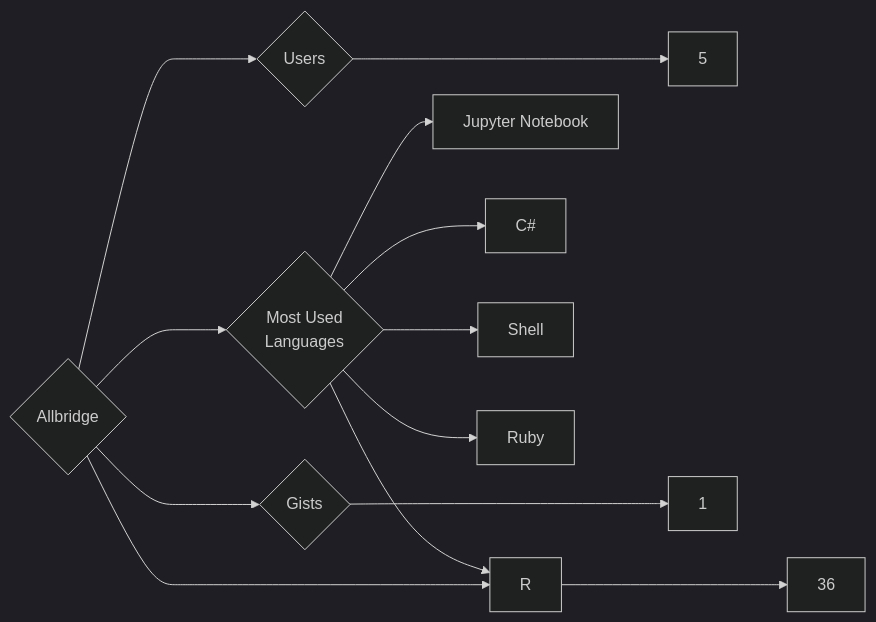
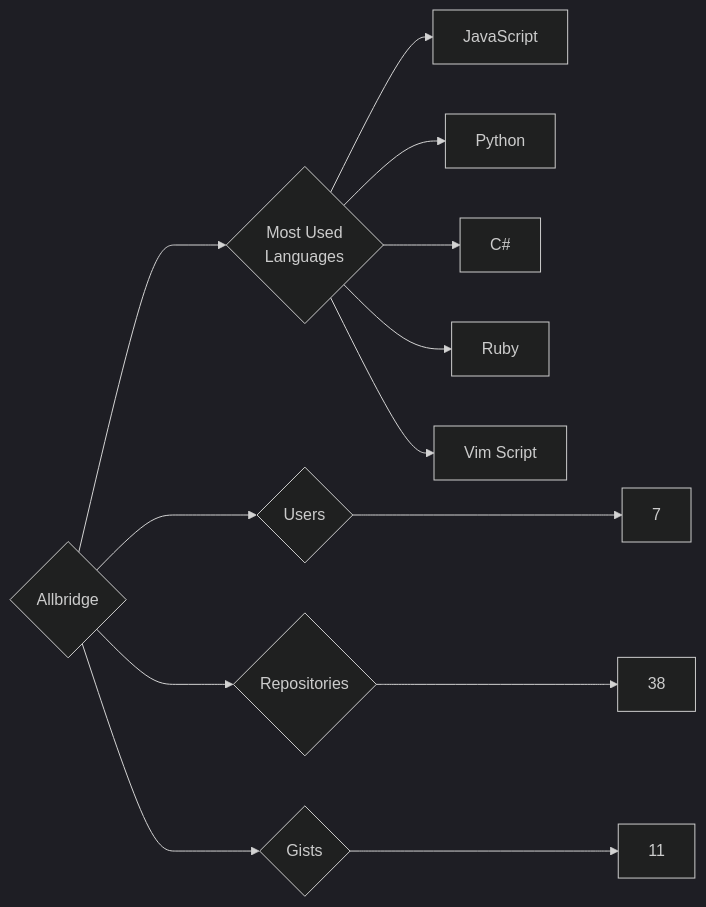
One commit to trickest/insiders changed the diagram in targets/Allbridge/README.md. Above: the diagram before and after it, drawn with Mermaid (dark theme). The commit also changed 1212 other files, not shown here.

````diff
--- a/targets/Allbridge/README.md
+++ b/targets/Allbridge/README.md
@@ -3,13 +3,13 @@
 ```mermaid
 graph LR
 COMPANY_NAME{Allbridge}
-COMPANY_NAME ---> U{Users} ---> UN[5]
-COMPANY_NAME ---> R{Repositories} ---> RN[36]
-COMPANY_NAME ---> G{Gists} ---> GN[1]
+COMPANY_NAME ---> U{Users} ---> UN[7]
+COMPANY_NAME ---> R{Repositories} ---> RN[38]
+COMPANY_NAME ---> G{Gists} ---> GN[11]
 COMPANY_NAME ---> ML{Most Used<br>Languages}
-ML --> Jupyter_Notebook[Jupyter Notebook]
+ML --> JavaScript[JavaScript]
+ML --> Python[Python]
 ML --> C#[C#]
-ML --> Shell[Shell]
 ML --> Ruby[Ruby]
-ML --> R[R]
+ML --> Vim_Script[Vim Script]
 ```
````
